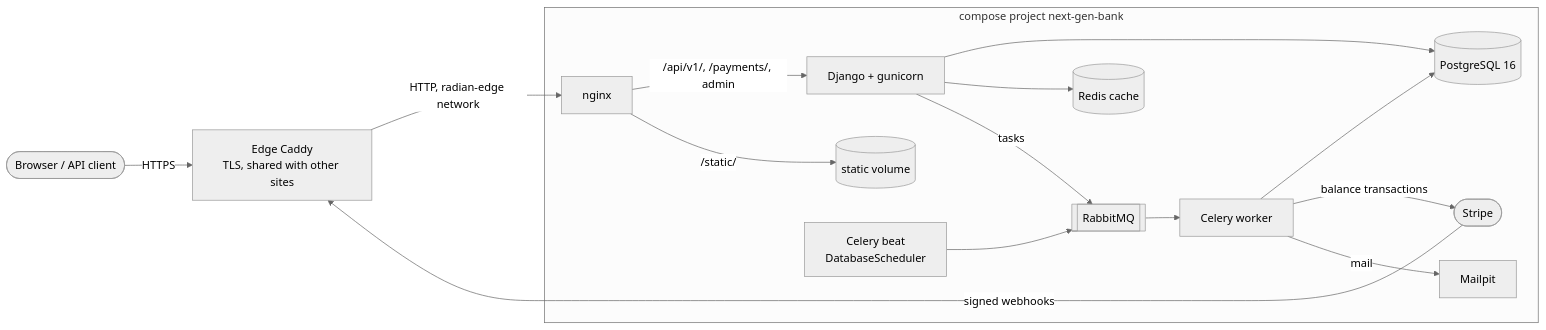
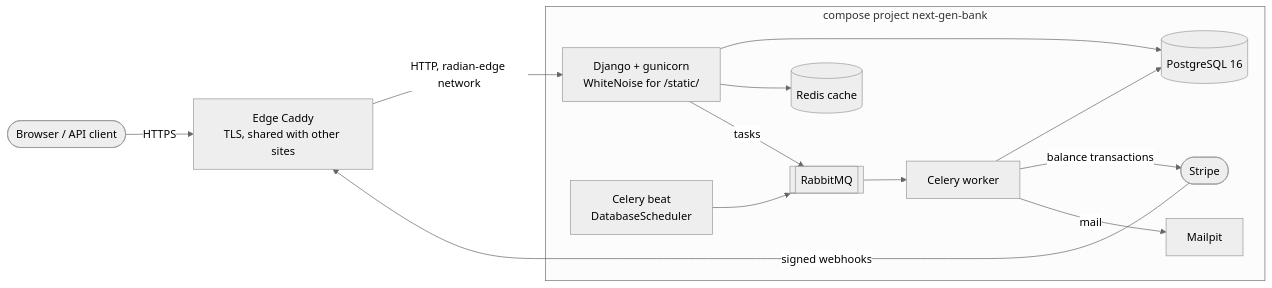
Before and after one commit to MchaAMour/nextgen-bank: the first of 4 diagrams in docs/ARCHITECTURE.md, drawn with Mermaid (neutral theme). The commit also changed other lines of this file and 10 other files, not shown here.

First line of the commit message:
build: drop nginx from the demo stack; Caddy proxies to gunicorn

````diff
--- a/docs/ARCHITECTURE.md
+++ b/docs/ARCHITECTURE.md
@@ -9,18 +9,17 @@
 ```mermaid
 flowchart LR
     browser([Browser / API client]) -->|HTTPS| caddy[Edge Caddy<br/>TLS, shared with other sites]
     stripe([Stripe]) -->|signed webhooks| caddy
-    caddy -->|HTTP, radian-edge network| nginx
+    caddy -->|HTTP, radian-edge network| api
     subgraph next-gen-bank [compose project next-gen-bank]
-        nginx -->|/api/v1/, /payments/, admin| api[Django + gunicorn]
-        nginx -->|/static/| static[(static volume)]
+        api[Django + gunicorn<br/>WhiteNoise for /static/]
         api --> pg[(PostgreSQL 16)]
         api --> redis[(Redis cache)]
         api -->|tasks| rabbit[[RabbitMQ]]
         beat[Celery beat<br/>DatabaseScheduler] --> rabbit
         rabbit --> worker[Celery worker]
         worker --> pg
         worker -->|balance transactions| stripe
         worker -->|mail| mailpit[Mailpit]
     end
 ```
````
